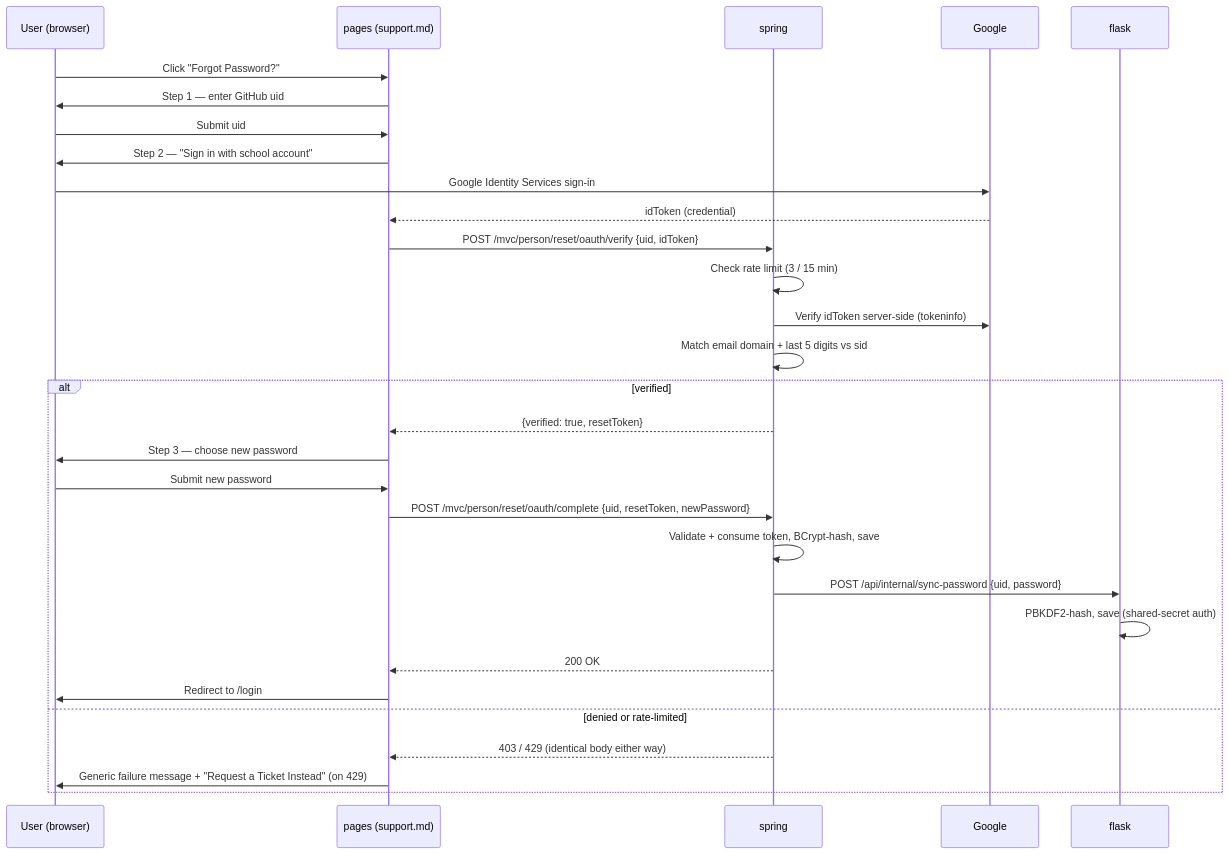
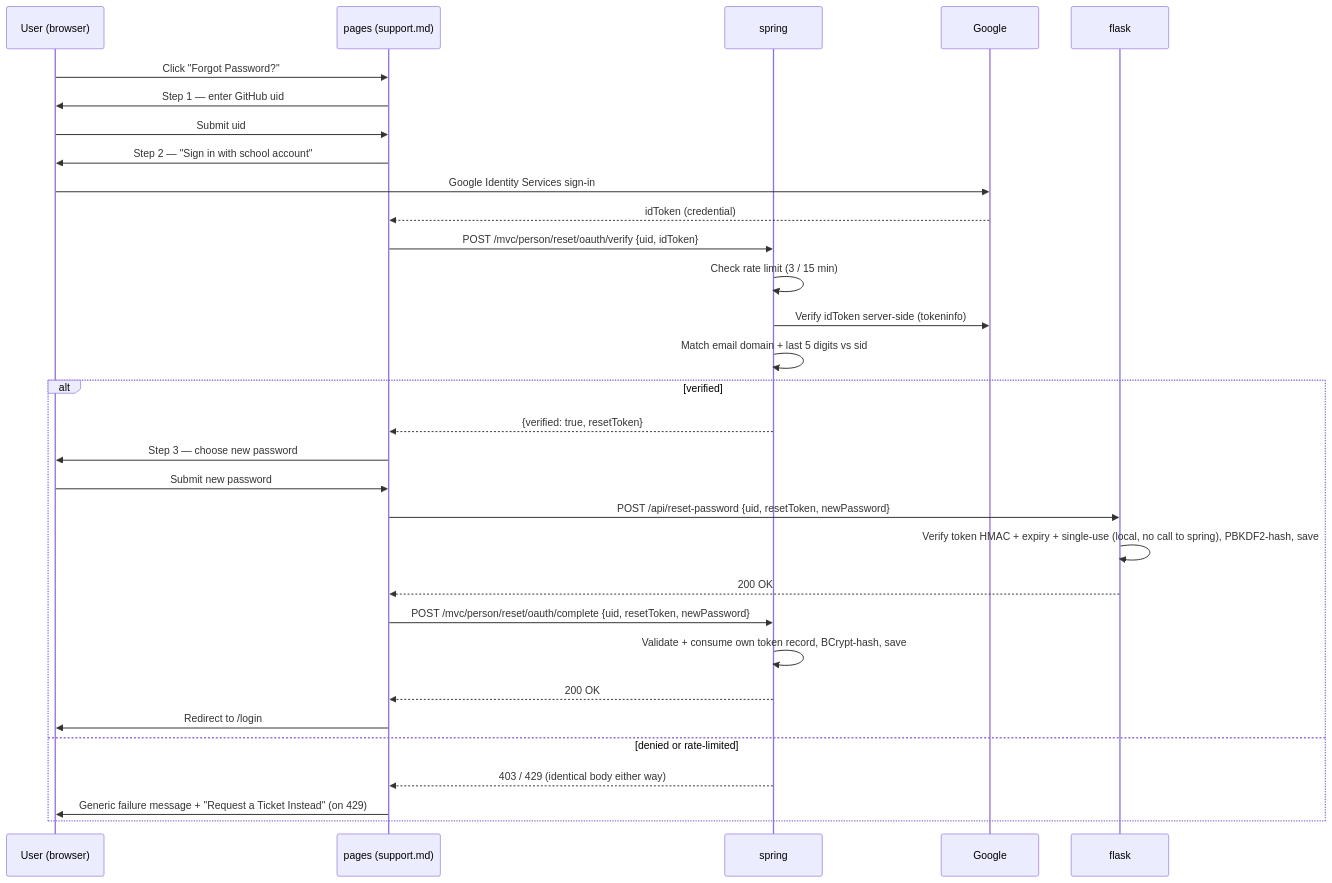
Before and after one commit to CSA-Admin-OCS/spring: the diagram in docs/forgot-password-pipeline.md, drawn with Mermaid. The commit also changed other lines of this file and 3 other files, not shown here.

First line of the commit message:
Remove banned Spring -> Flask password sync, per jm1021's review

````diff
--- a/docs/forgot-password-pipeline.md
+++ b/docs/forgot-password-pipeline.md
@@ -61,33 +63,34 @@
 ```mermaid
 sequenceDiagram
     participant U as User (browser)
     participant P as pages (support.md)
     participant S as spring
     participant G as Google
     participant F as flask
 
     U->>P: Click "Forgot Password?"
     P->>U: Step 1 — enter GitHub uid
     U->>P: Submit uid
     P->>U: Step 2 — "Sign in with school account"
     U->>G: Google Identity Services sign-in
     G-->>P: idToken (credential)
     P->>S: POST /mvc/person/reset/oauth/verify {uid, idToken}
     S->>S: Check rate limit (3 / 15 min)
     S->>G: Verify idToken server-side (tokeninfo)
     S->>S: Match email domain + last 5 digits vs sid
     alt verified
         S-->>P: {verified: true, resetToken}
         P->>U: Step 3 — choose new password
         U->>P: Submit new password
+        P->>F: POST /api/reset-password {uid, resetToken, newPassword}
+        F->>F: Verify token HMAC + expiry + single-use (local, no call to spring), PBKDF2-hash, save
+        F-->>P: 200 OK
         P->>S: POST /mvc/person/reset/oauth/complete {uid, resetToken, newPassword}
-        S->>S: Validate + consume token, BCrypt-hash, save
-        S->>F: POST /api/internal/sync-password {uid, password}
-        F->>F: PBKDF2-hash, save (shared-secret auth)
+        S->>S: Validate + consume own token record, BCrypt-hash, save
         S-->>P: 200 OK
         P->>U: Redirect to /login
     else denied or rate-limited
         S-->>P: 403 / 429 (identical body either way)
         P->>U: Generic failure message + "Request a Ticket Instead" (on 429)
     end
 ```
````
